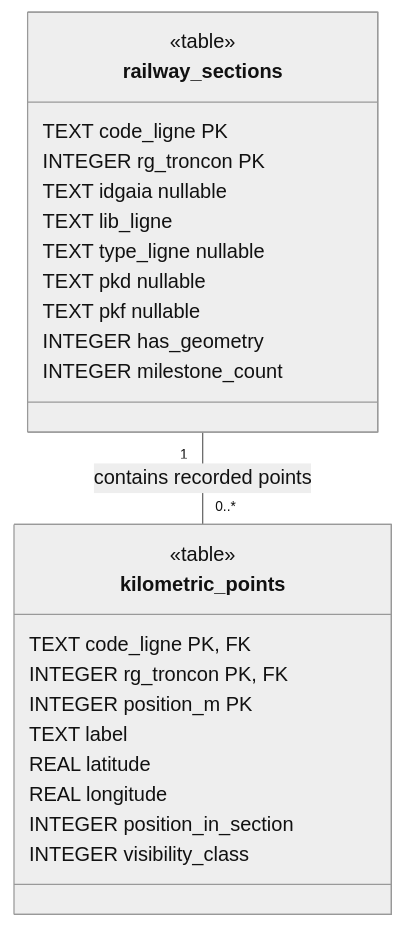
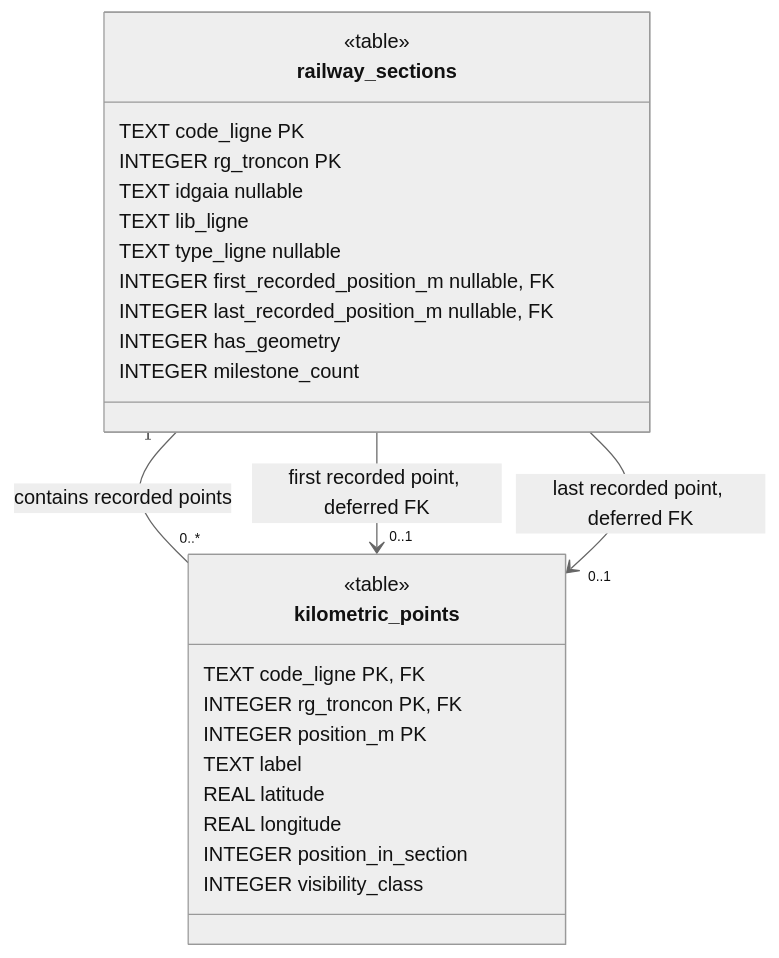
One commit to LeoooJR/AROW-mobile changed the diagram in docs/railway-database.md. Above: the diagram before and after it, drawn with Mermaid (neutral theme). The commit also changed other lines of this file and 41 other files, not shown here.

Commit message:
Store recorded section endpoints in schema 5

````diff
--- a/docs/railway-database.md
+++ b/docs/railway-database.md
@@ -58,31 +58,33 @@
 ```mermaid
 classDiagram
     direction TB
 
     class railway_sections {
         <<table>>
         TEXT code_ligne PK
         INTEGER rg_troncon PK
         TEXT idgaia nullable
         TEXT lib_ligne
         TEXT type_ligne nullable
-        TEXT pkd nullable
-        TEXT pkf nullable
+        INTEGER first_recorded_position_m nullable, FK
+        INTEGER last_recorded_position_m nullable, FK
         INTEGER has_geometry
         INTEGER milestone_count
     }
 
     class kilometric_points {
         <<table>>
         TEXT code_ligne PK, FK
         INTEGER rg_troncon PK, FK
         INTEGER position_m PK
         TEXT label
         REAL latitude
         REAL longitude
         INTEGER position_in_section
         INTEGER visibility_class
     }
 
     railway_sections "1" -- "0..*" kilometric_points : contains recorded points
+    railway_sections --> "0..1" kilometric_points : first recorded point, deferred FK
+    railway_sections --> "0..1" kilometric_points : last recorded point, deferred FK
 ```
````
